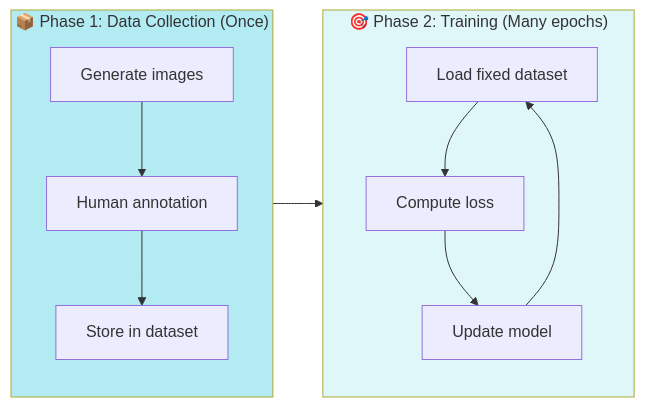
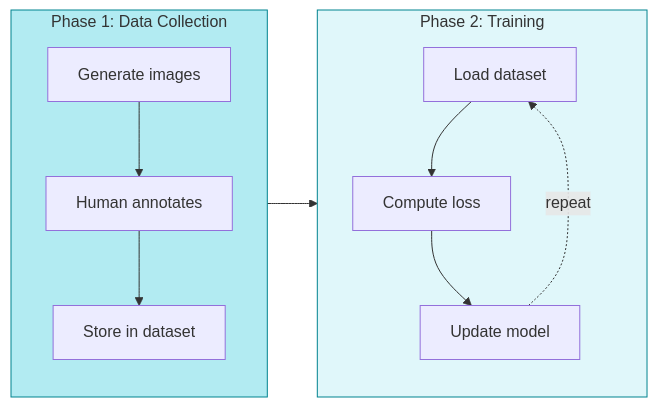
The third of 6 diagrams in Learning/Online_vs_offline.md (niharpalem/Simplifiy_Ai), drawn with Mermaid before and after one commit. The commit also changed other lines of this file, not shown here.

````diff
--- a/Learning/Online_vs_offline.md
+++ b/Learning/Online_vs_offline.md
@@ -66,18 +66,18 @@
 ```mermaid
 flowchart LR
-    subgraph Phase1["📦 Phase 1: Data Collection (Once)"]
-        A[Generate images] --> B[Human annotation]
-        B --> C[Store in dataset]
+    subgraph P1["Phase 1: Data Collection"]
+        A["Generate images"] --> B["Human annotates"]
+        B --> C["Store in dataset"]
     end
     
-    subgraph Phase2["🎯 Phase 2: Training (Many epochs)"]
-        D[Load fixed dataset] --> E[Compute loss]
-        E --> F[Update model]
-        F --> D
+    subgraph P2["Phase 2: Training"]
+        D["Load dataset"] --> E["Compute loss"]
+        E --> F["Update model"]
+        F -.->|repeat| D
     end
     
-    Phase1 --> Phase2
+    P1 --> P2
     
-    style Phase1 fill:#b2ebf2
-    style Phase2 fill:#e0f7fa
+    style P1 fill:#b2ebf2,stroke:#00838f
+    style P2 fill:#e0f7fa,stroke:#00838f
 ```
````
